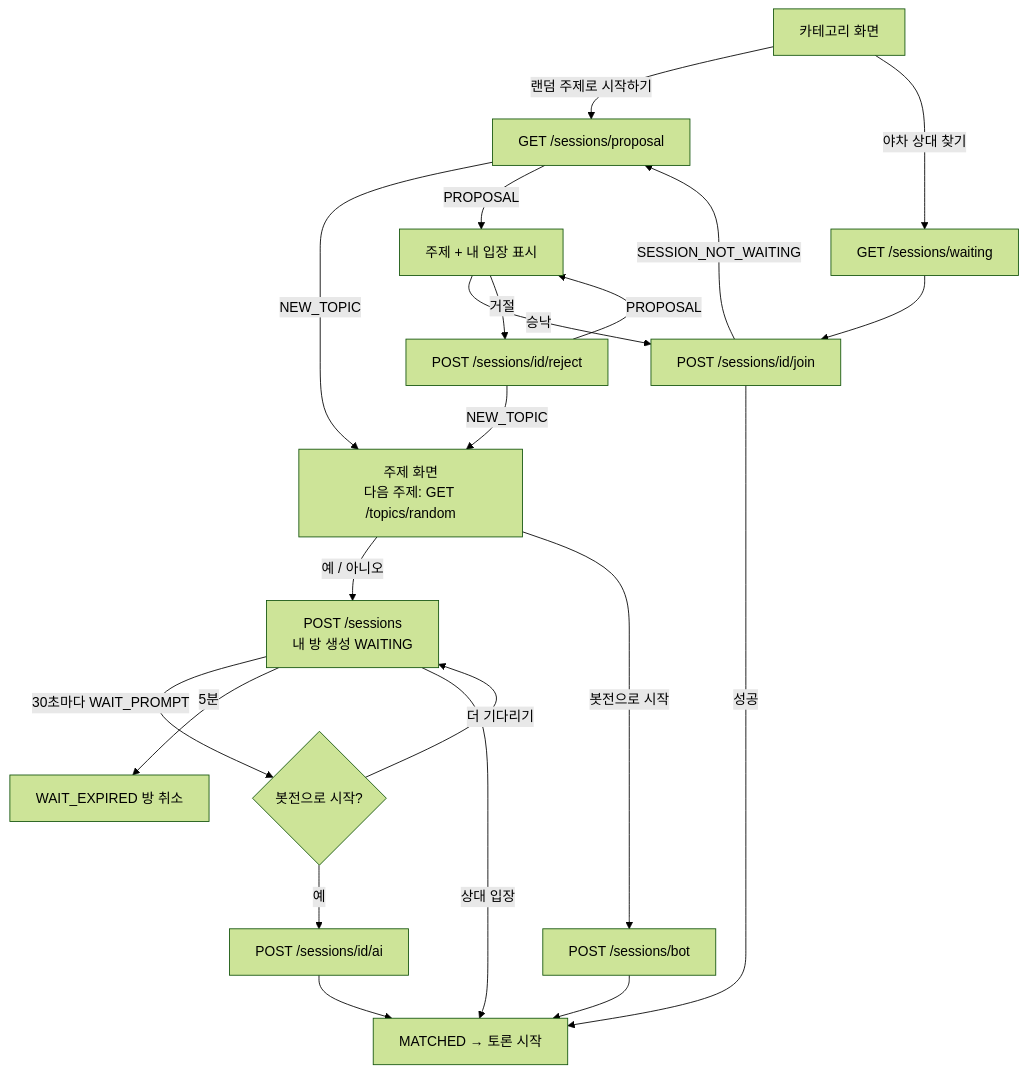
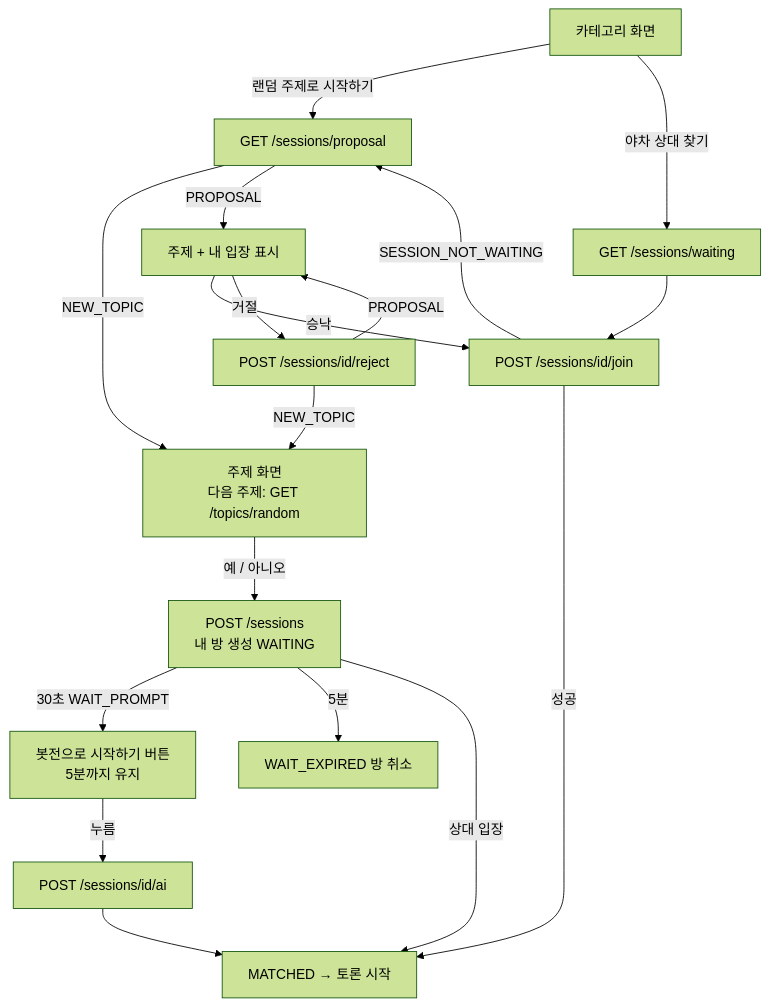
Before and after one commit to LIKELION14-DemoDay/yacha-backend: the second of 2 diagrams in docs/야차철학_ERD_API명세_Final_v2.md, drawn with Mermaid (forest theme). The commit also changed other lines of this file and 23 other files, not shown here.

````diff
--- a/docs/야차철학_ERD_API명세_Final_v2.md
+++ b/docs/야차철학_ERD_API명세_Final_v2.md
@@ -537,22 +529,19 @@
 ```mermaid
 flowchart TD
     A[카테고리 화면] -- 랜덤 주제로 시작하기 --> B[GET /sessions/proposal]
     A -- 야차 상대 찾기 --> W[GET /sessions/waiting] --> J
     B -- NEW_TOPIC --> T["주제 화면<br/>다음 주제: GET /topics/random"]
     T -- 예 / 아니오 --> E["POST /sessions<br/>내 방 생성 WAITING"]
-    T -- 봇전으로 시작 --> L[POST /sessions/bot]
-    E -- "30초마다 WAIT_PROMPT" --> F{봇전으로 시작?}
-    F -- 예 --> G[POST /sessions/id/ai]
-    F -- 더 기다리기 --> E
+    E -- "30초 WAIT_PROMPT" --> F["봇전으로 시작하기 버튼<br/>5분까지 유지"]
+    F -- 누름 --> G[POST /sessions/id/ai]
     E -- 5분 --> X[WAIT_EXPIRED 방 취소]
     E -- 상대 입장 --> H[MATCHED → 토론 시작]
     B -- PROPOSAL --> I[주제 + 내 입장 표시]
     I -- 승낙 --> J[POST /sessions/id/join]
     J -- 성공 --> H
     J -- SESSION_NOT_WAITING --> B
     I -- 거절 --> K[POST /sessions/id/reject]
     K -- PROPOSAL --> I
     K -- NEW_TOPIC --> T
-    L --> H
     G --> H
 ```
````
